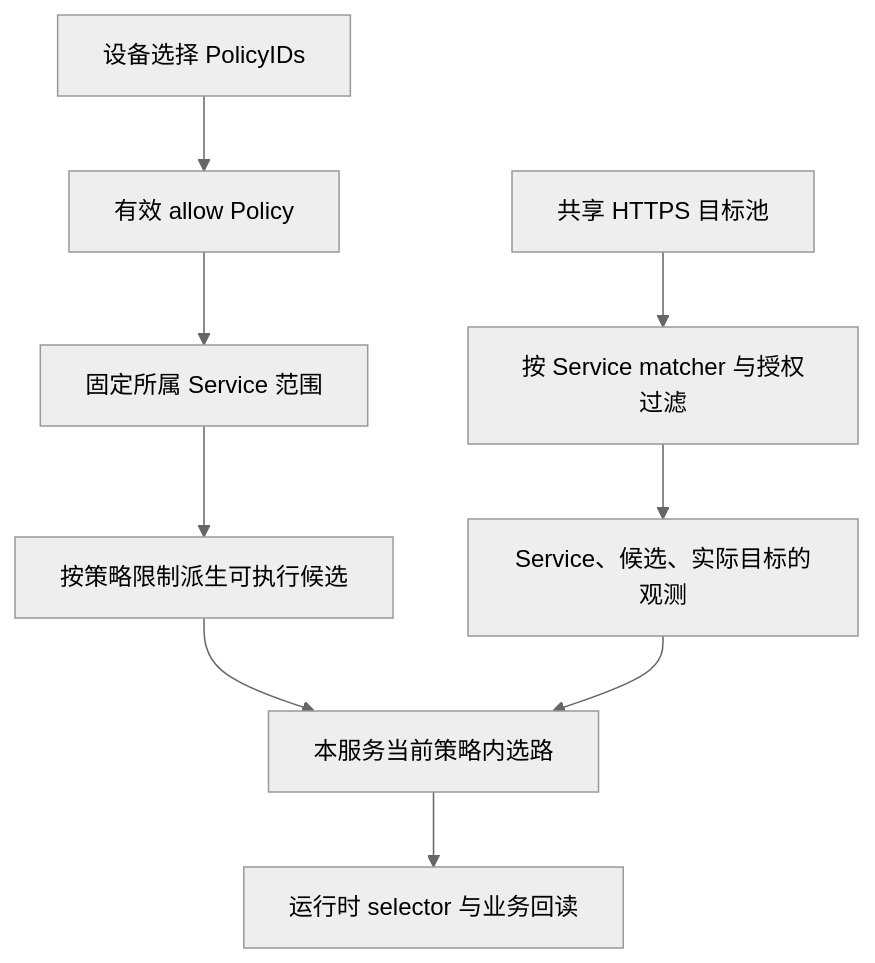
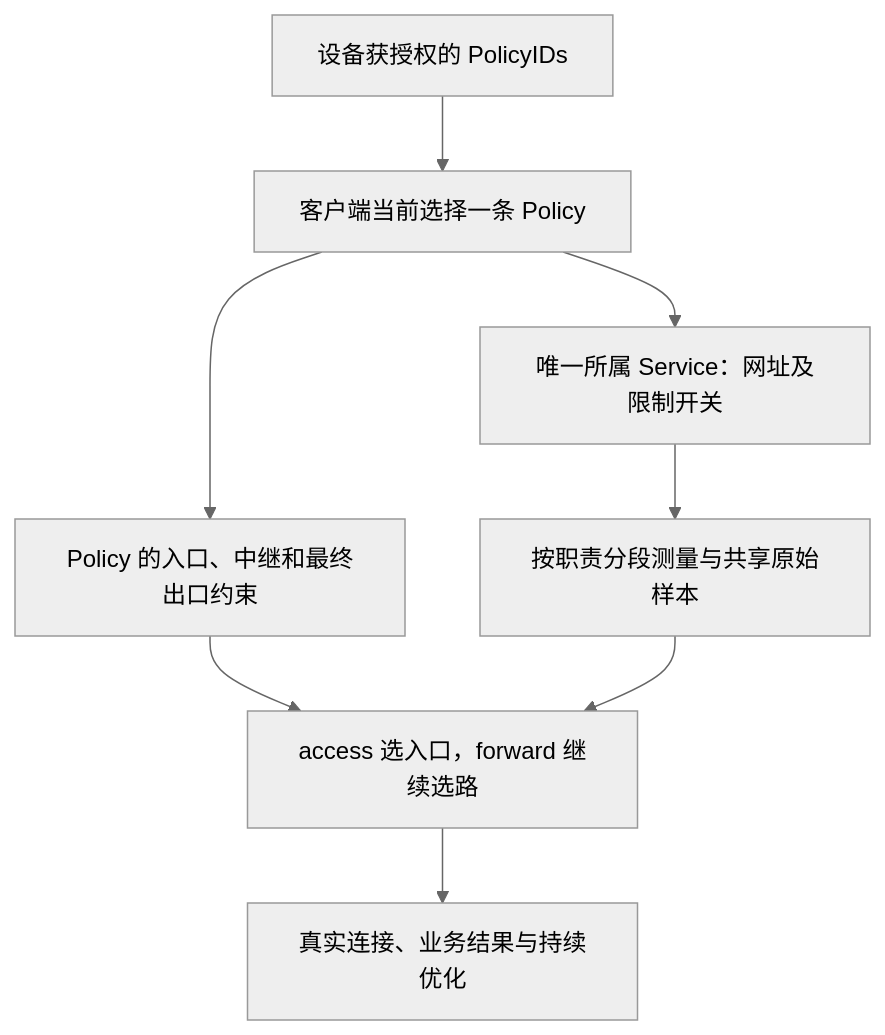
One commit to Scisaga/loom changed the sixth of 7 diagrams in docs/core/control-model.md. Above: the diagram before and after it, drawn with Mermaid (neutral theme). The commit also changed other lines of this file and 484 other files, not shown here.

First line of the commit message:
feat: integrate independent transports and service policy routing

````diff
--- a/docs/core/control-model.md
+++ b/docs/core/control-model.md
@@ -897,11 +967,10 @@
 ```mermaid
 flowchart TD
-    D["设备选择 PolicyIDs"] --> P["有效 allow Policy"]
-    P --> S["固定所属 Service 范围"]
-    S --> C["按策略限制派生可执行候选"]
-    T["共享 HTTPS 目标池"] --> F["按 Service matcher 与授权过滤"]
-    F --> O["Service、候选、实际目标的观测"]
-    C --> X["本服务当前策略内选路"]
+    A["设备获授权的 PolicyIDs"] --> P["客户端当前选择一条 Policy"]
+    P --> S["唯一所属 Service：网址及限制开关"]
+    P --> C["Policy 的入口、中继和最终出口约束"]
+    S --> O["按职责分段测量与共享原始样本"]
+    C --> X["access 选入口，forward 继续选路"]
     O --> X
-    X --> R["运行时 selector 与业务回读"]
+    X --> R["真实连接、业务结果与持续优化"]
 ```
````
